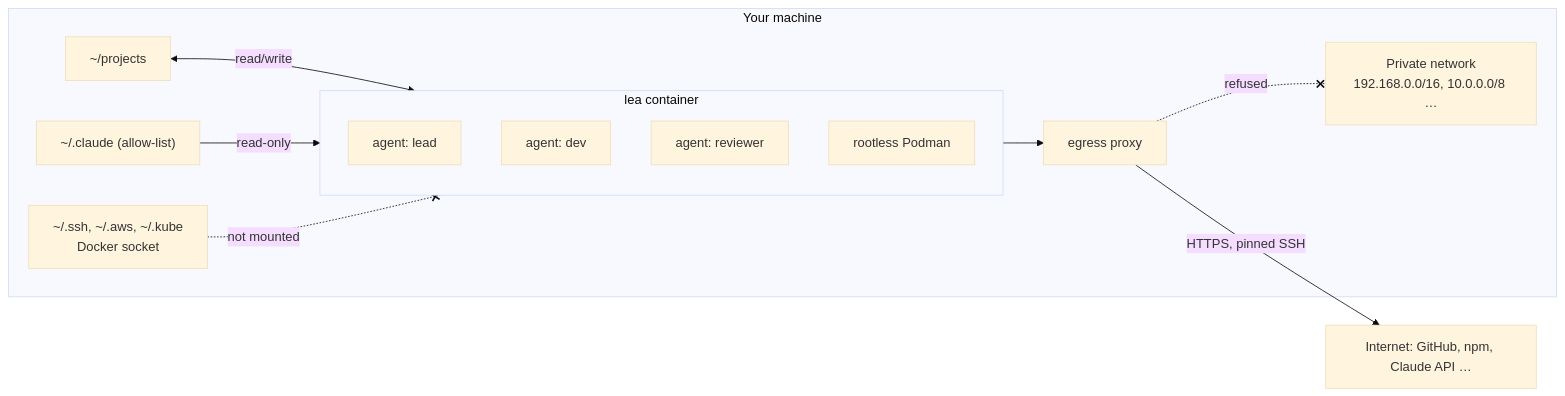
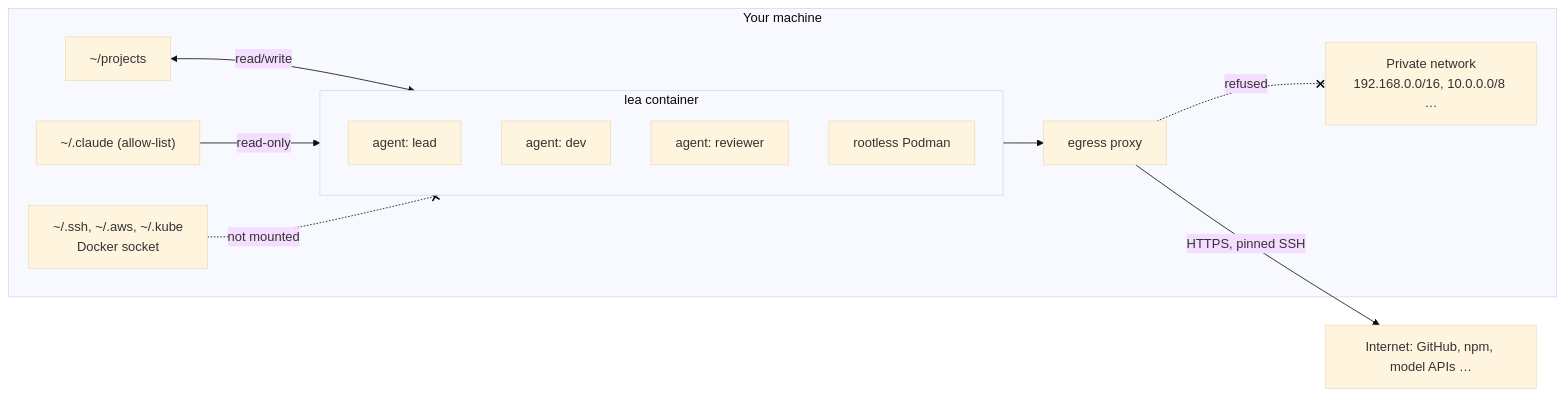
The diagram in README.md (DavidGodefroid/lea), drawn with Mermaid (base theme) before and after one commit. The commit also changed other lines of this file and 3 other files, not shown here.

````diff
--- a/README.md
+++ b/README.md
@@ -58,22 +61,22 @@
 ```mermaid
 flowchart LR
   subgraph host["Your machine"]
     keys["~/.ssh, ~/.aws, ~/.kube<br/>Docker socket"]
     lan["Private network<br/>192.168.0.0/16, 10.0.0.0/8 …"]
     proj["~/projects"]
     cfg["~/.claude (allow-list)"]
     subgraph lea["lea container"]
       a1["agent: lead"]
       a2["agent: dev"]
       a3["agent: reviewer"]
       podman["rootless Podman"]
     end
     proxy["egress proxy"]
   end
-  net["Internet: GitHub, npm, Claude API …"]
+  net["Internet: GitHub, npm, model APIs …"]
   proj <-->|read/write| lea
   cfg -->|read-only| lea
   lea --> proxy -->|HTTPS, pinned SSH| net
   proxy -.-x|refused| lan
   keys -.-x|not mounted| lea
 ```
````
